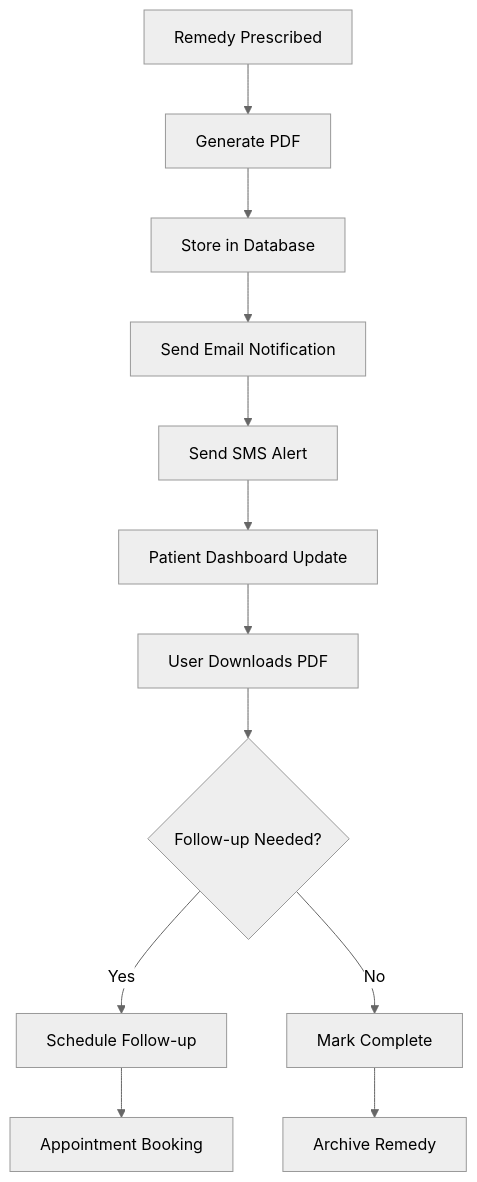
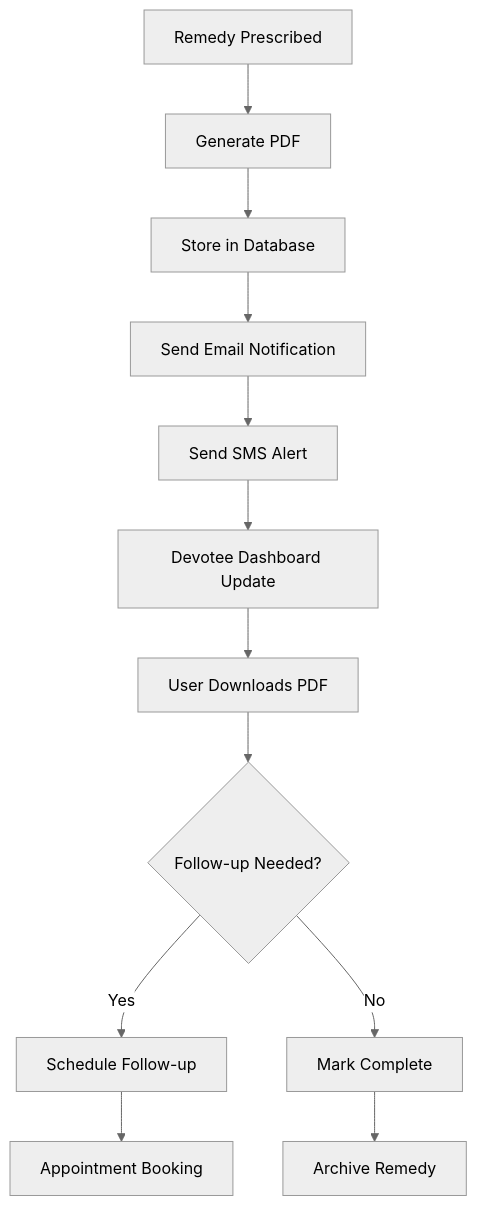
Before and after one commit to maichel1859-sys/ShivGorakkshaAshram-app: the fifth of 7 diagrams in DOCUMENTATION.md, drawn with Mermaid (neutral theme). The commit also changed other lines of this file and 62 other files, not shown here.

First line of the commit message:
Refactor terminology from "patient" to "devotee" across the application

````diff
--- a/DOCUMENTATION.md
+++ b/DOCUMENTATION.md
@@ -648,14 +648,14 @@
 ```mermaid
 graph TD
     A[Remedy Prescribed] --> B[Generate PDF]
     B --> C[Store in Database]
     C --> D[Send Email Notification]
     D --> E[Send SMS Alert]
-    E --> F[Patient Dashboard Update]
+    E --> F[Devotee Dashboard Update]
     F --> G[User Downloads PDF]
     G --> H{Follow-up Needed?}
     H -->|Yes| I[Schedule Follow-up]
     H -->|No| J[Mark Complete]
     I --> K[Appointment Booking]
     J --> L[Archive Remedy]
 ```
````
